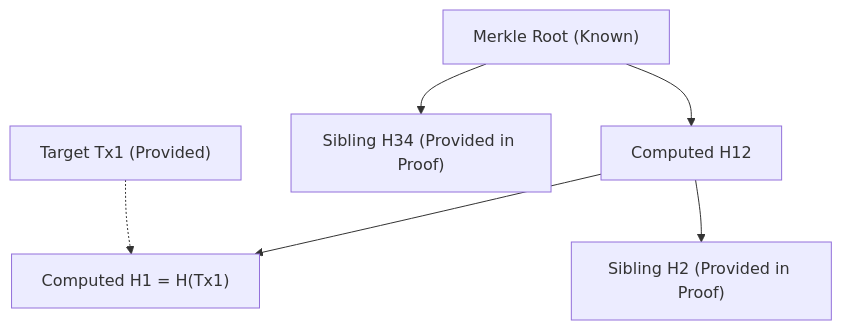
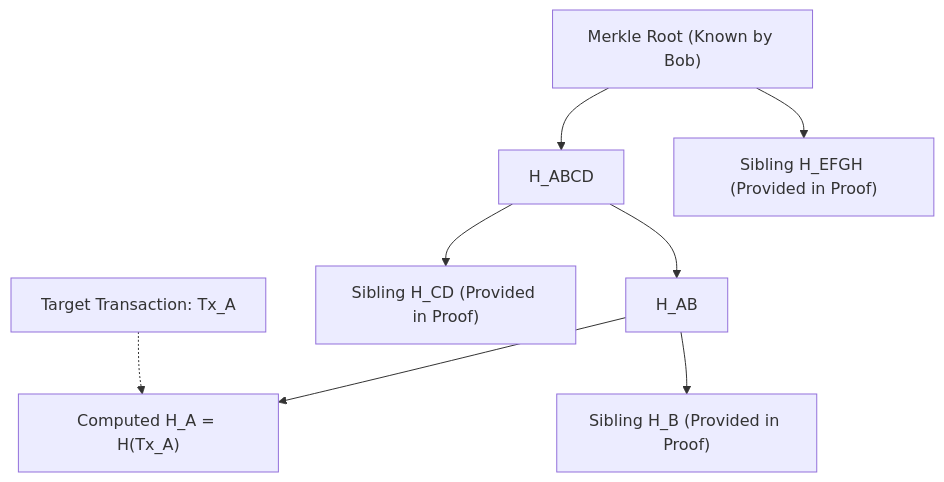
The fifth of 6 diagrams in docs/learn/fundamentals/01-distributed-trust/02-cryptographic-hash-functions-and-merkle-trees.md (ub-society/modules), drawn with Mermaid before and after one commit. The commit also changed other lines of this file and 3 other files, not shown here.

````diff
--- a/docs/learn/fundamentals/01-distributed-trust/02-cryptographic-hash-functions-and-merkle-trees.md
+++ b/docs/learn/fundamentals/01-distributed-trust/02-cryptographic-hash-functions-and-merkle-trees.md
@@ -124,16 +231,19 @@
 ```mermaid
 flowchart TD
-    Root["Merkle Root (Known)"]
-    H12["Computed H12"]
-    H34["Sibling H34 (Provided in Proof)"]
-    H1["Computed H1 = H(Tx1)"]
-    H2["Sibling H2 (Provided in Proof)"]
-    TargetTx["Target Tx1 (Provided)"]
+    Root["Merkle Root (Known by Bob)"]
+    H_ABCD["H_ABCD"]
+    H_EFGH["Sibling H_EFGH (Provided in Proof)"]
+    H_AB["H_AB"]
+    H_CD["Sibling H_CD (Provided in Proof)"]
+    HA["Computed H_A = H(Tx_A)"]
+    HB["Sibling H_B (Provided in Proof)"]
+    Target["Target Transaction: Tx_A"]
 
-    Root --> H12
-    Root --> H34
-    H12 --> H1
-    H12 --> H2
-
-    TargetTx -.-> H1
+    Root --> H_ABCD
+    Root --> H_EFGH
+    H_ABCD --> H_AB
+    H_ABCD --> H_CD
+    H_AB --> HA
+    H_AB --> HB
+    Target -.-> HA
 ```
````
